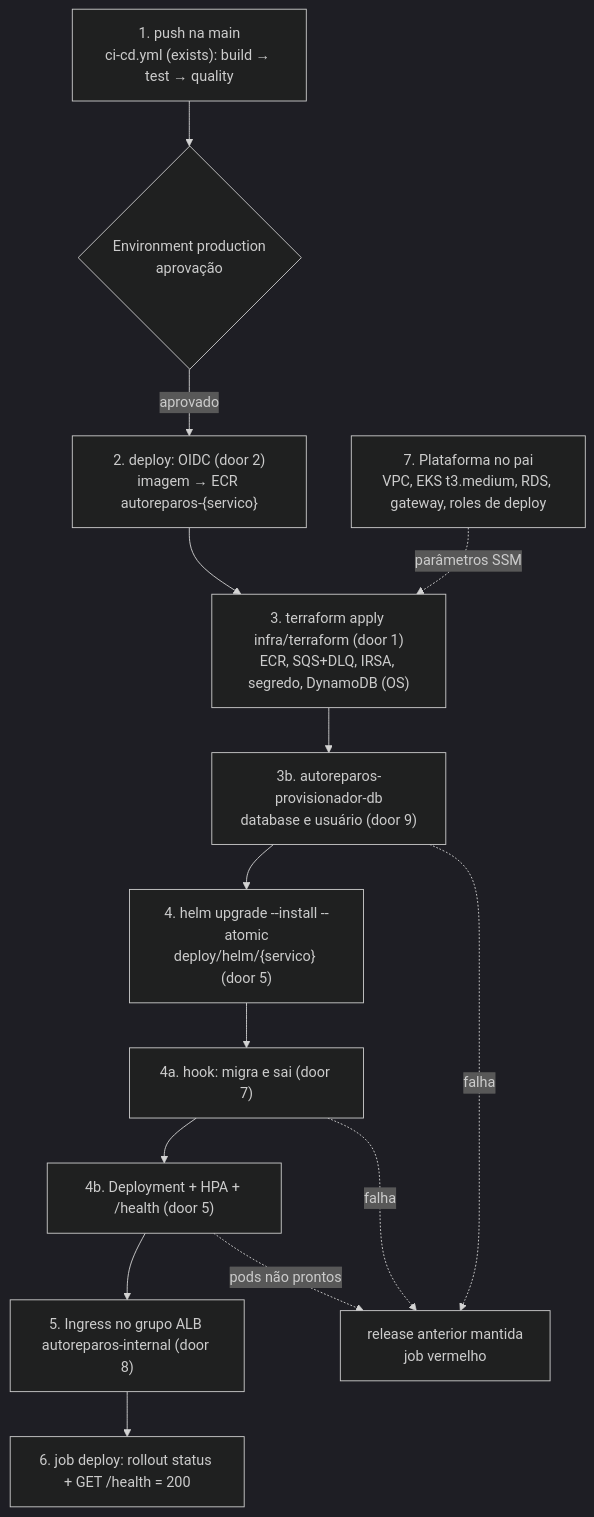
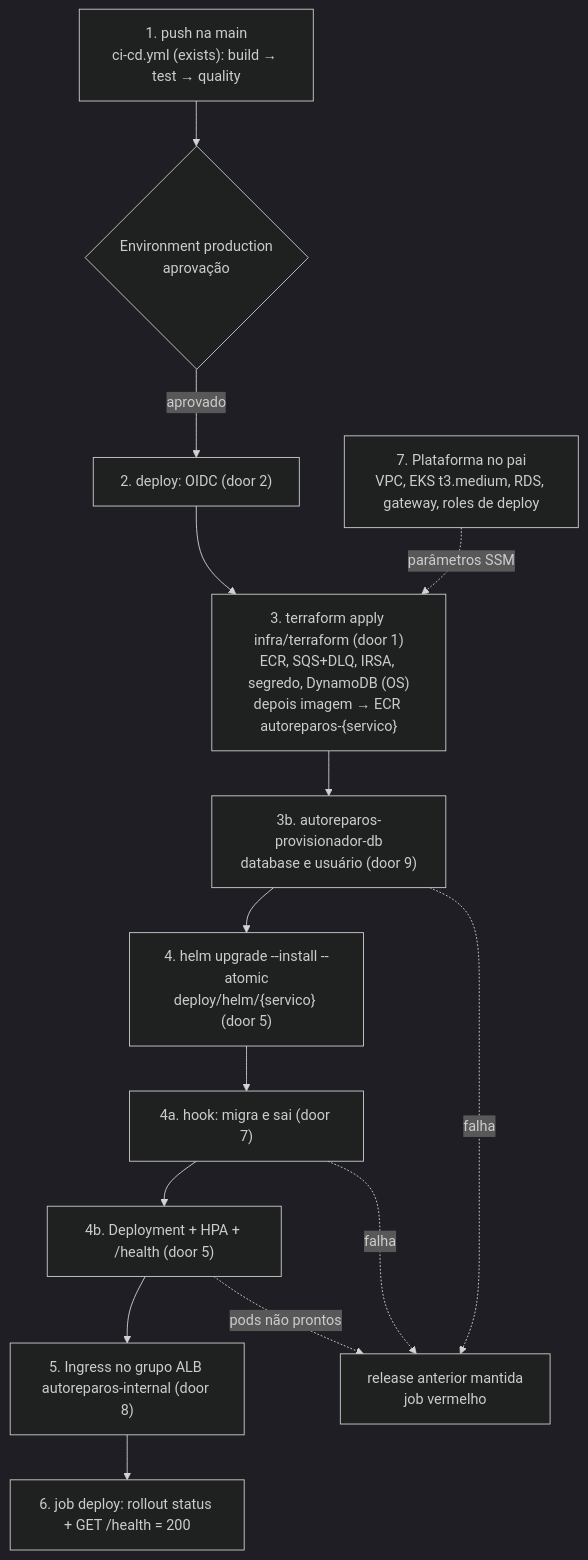
The diagram in .specs/features/fase4/deploy-servicos/plan.md (Grupo78-PosTech-15SOAT/AutoReparos), drawn with Mermaid (dark theme) before and after one commit. The commit also changed other lines of this file and 4 other files, not shown here.

````diff
--- a/.specs/features/fase4/deploy-servicos/plan.md
+++ b/.specs/features/fase4/deploy-servicos/plan.md
@@ -25,16 +25,16 @@
 ```mermaid
 flowchart TD
     P["1. push na main<br/>ci-cd.yml (exists): build → test → quality"] --> A{"Environment production<br/>aprovação"}
-    A -->|aprovado| D["2. deploy: OIDC (door 2)<br/>imagem → ECR autoreparos-{servico}"]
-    D --> T["3. terraform apply infra/terraform (door 1)<br/>ECR, SQS+DLQ, IRSA, segredo, DynamoDB (OS)"]
+    A -->|aprovado| D["2. deploy: OIDC (door 2)"]
+    D --> T["3. terraform apply infra/terraform (door 1)<br/>ECR, SQS+DLQ, IRSA, segredo, DynamoDB (OS)<br/>depois imagem → ECR autoreparos-{servico}"]
     T --> J1["3b. autoreparos-provisionador-db<br/>database e usuário (door 9)"]
     J1 --> H["4. helm upgrade --install --atomic<br/>deploy/helm/{servico} (door 5)"]
     H --> J2["4a. hook: migra e sai (door 7)"]
     J2 --> R["4b. Deployment + HPA + /health (door 5)"]
     R --> I["5. Ingress no grupo ALB autoreparos-internal (door 8)"]
     I --> S["6. job deploy: rollout status + GET /health = 200"]
     J1 -. falha .-> X["release anterior mantida<br/>job vermelho"]
     J2 -. falha .-> X
     R -. pods não prontos .-> X
     PLAT["7. Plataforma no pai<br/>VPC, EKS t3.medium, RDS, gateway, roles de deploy"] -. parâmetros SSM .-> T
 ```
````
